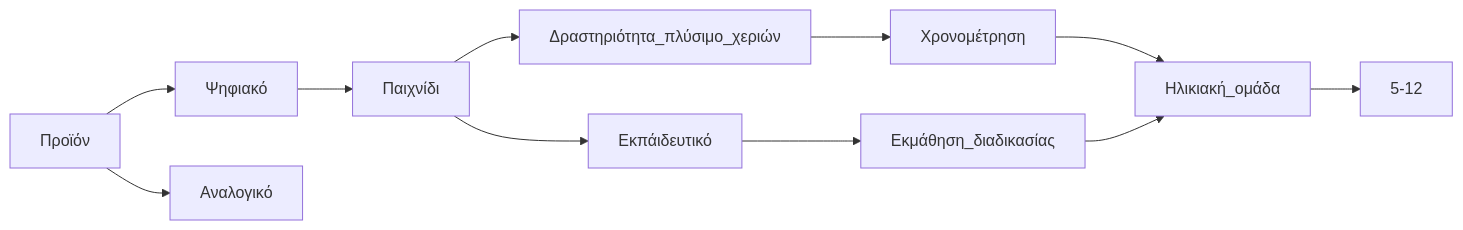
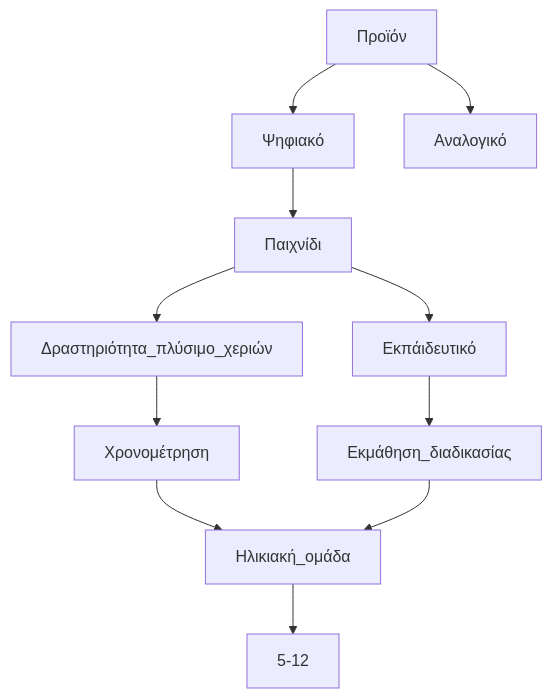
Before and after one commit to Ebabouraki/Interaction-Design-Project-Assignment: the first of 4 diagrams in our_report/README.md, drawn with Mermaid.

````diff
--- a/our_report/README.md
+++ b/our_report/README.md
@@ -201,13 +201,13 @@
 ```mermaid
-  graph LR;
+  graph TD;
       Προϊόν --> Ψηφιακό;
       Προϊόν --> Αναλογικό;
       Ψηφιακό --> Παιχνίδι;
       Παιχνίδι --> Δραστηριότητα_πλύσιμο_χεριών;
       Δραστηριότητα_πλύσιμο_χεριών --> Χρονομέτρηση;
       Χρονομέτρηση --> Ηλικιακή_ομάδα;
       Παιχνίδι --> Εκπάιδευτικό;
       Εκπάιδευτικό --> Εκμάθηση_διαδικασίας;
       Εκμάθηση_διαδικασίας --> Ηλικιακή_ομάδα;
       Ηλικιακή_ομάδα --> 5-12;
 ```
````
